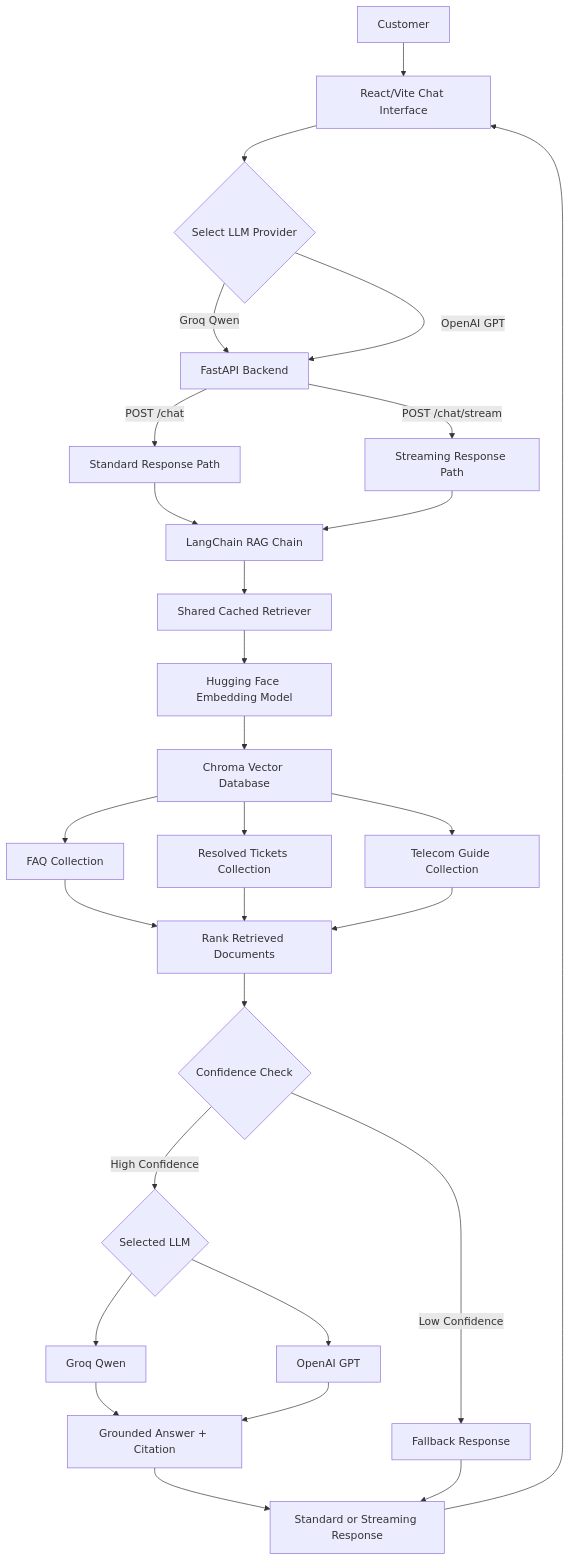
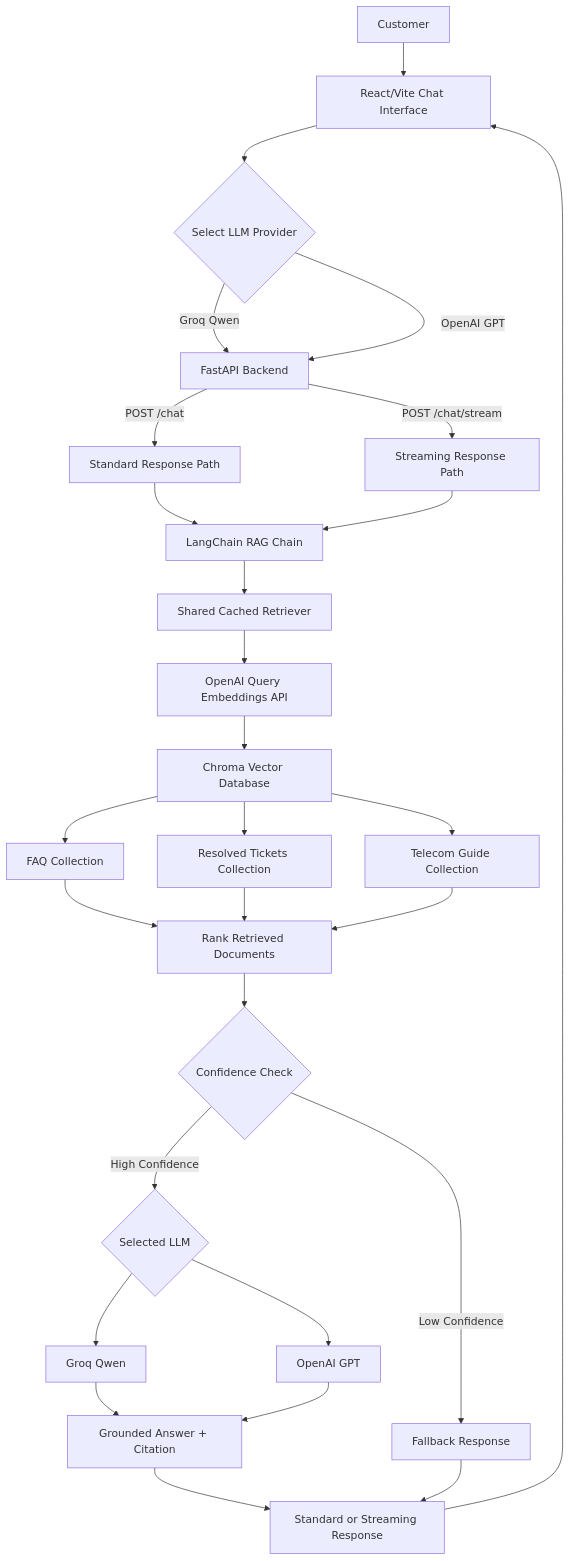
Before and after one commit to ujoy100/telecom-rag-chatbot: the diagram in README.md, drawn with Mermaid. The commit also changed other lines of this file and 1 other file, not shown here.

````diff
--- a/README.md
+++ b/README.md
@@ -97,40 +117,40 @@
-``` mermaid
+```mermaid
 flowchart TD
     A[Customer] --> B[React/Vite Chat Interface]
     B --> C{Select LLM Provider}
     C -->|Groq Qwen| D[FastAPI Backend]
     C -->|OpenAI GPT| D
 
     D -->|POST /chat| E[Standard Response Path]
     D -->|POST /chat/stream| F[Streaming Response Path]
 
     E --> G[LangChain RAG Chain]
     F --> G
 
     G --> H[Shared Cached Retriever]
-    H --> I[Hugging Face Embedding Model]
+    H --> I[OpenAI Query Embeddings API]
     I --> J[Chroma Vector Database]
 
     J --> K[FAQ Collection]
     J --> L[Resolved Tickets Collection]
     J --> M[Telecom Guide Collection]
 
     K --> N[Rank Retrieved Documents]
     L --> N
     M --> N
 
     N --> O{Confidence Check}
 
     O -->|High Confidence| P{Selected LLM}
     P --> Q[Groq Qwen]
     P --> R[OpenAI GPT]
 
     O -->|Low Confidence| S[Fallback Response]
 
     Q --> T[Grounded Answer + Citation]
     R --> T
 
     T --> U[Standard or Streaming Response]
     S --> U
     U --> B
 ```
````
